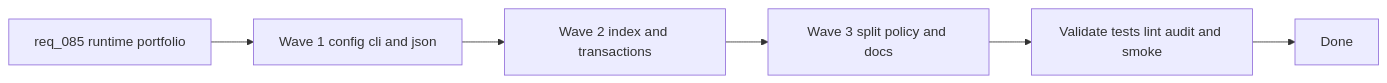
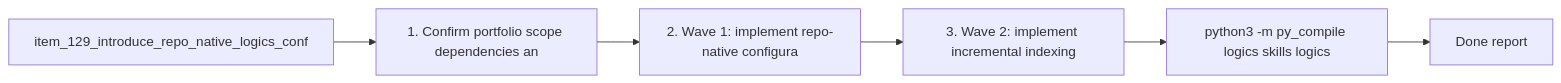
One commit to AlexAgo83/logics-manager changed the diagram in logics/tasks/task_097_orchestration_delivery_for_req_085_repo_config_runtime_entrypoints_and_transactional_scaling_primitives.md. Above: the diagram before and after it, drawn with Mermaid. The commit also changed other lines of this file and 481 other files, not shown here.

````diff
--- a/logics/tasks/task_097_orchestration_delivery_for_req_085_repo_config_runtime_entrypoints_and_transactional_scaling_primitives.md
+++ b/logics/tasks/task_097_orchestration_delivery_for_req_085_repo_config_runtime_entrypoints_and_transactional_scaling_primitives.md
@@ -26,10 +26,10 @@
 ```mermaid
 %% logics-kind: task
 %% logics-signature: task|orchestration-delivery-for-req-085-repo-|item-129-introduce-repo-native-logics-co|1-confirm-portfolio-scope-dependencies-a|python3-m-py-compile-logics-skills-logic
 flowchart LR
-    Start[req_085 runtime portfolio] --> Wave1[Wave 1 config cli and json]
-    Wave1 --> Wave2[Wave 2 index and transactions]
-    Wave2 --> Wave3[Wave 3 split policy and docs]
-    Wave3 --> Validate[Validate tests lint audit and smoke]
-    Validate --> Done[Done]
+    Backlog[item_129_introduce_repo_native_logics_conf] --> Step1[1. Confirm portfolio scope dependencies an]
+    Step1 --> Step2[2. Wave 1: implement repo-native configura]
+    Step2 --> Step3[3. Wave 2: implement incremental indexing]
+    Step3 --> Validation[python3 -m py_compile logics skills logics]
+    Validation --> Report[Done report]
 ```
````
